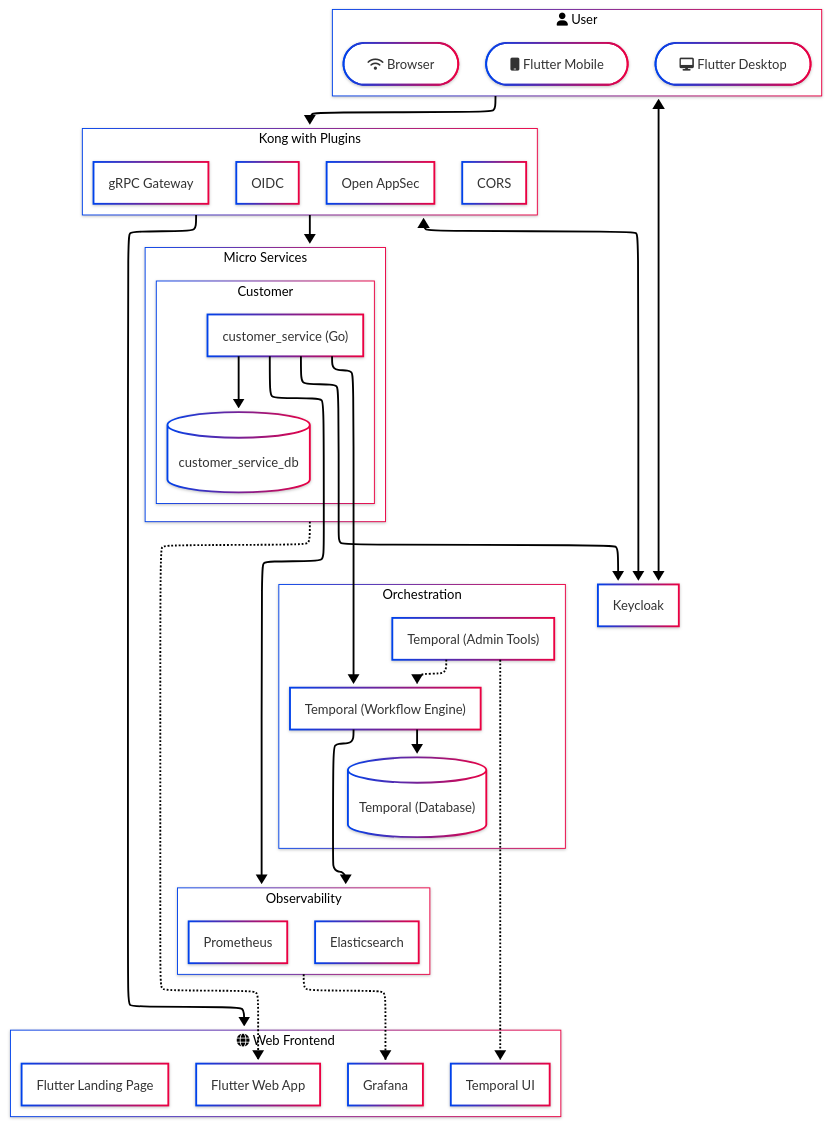
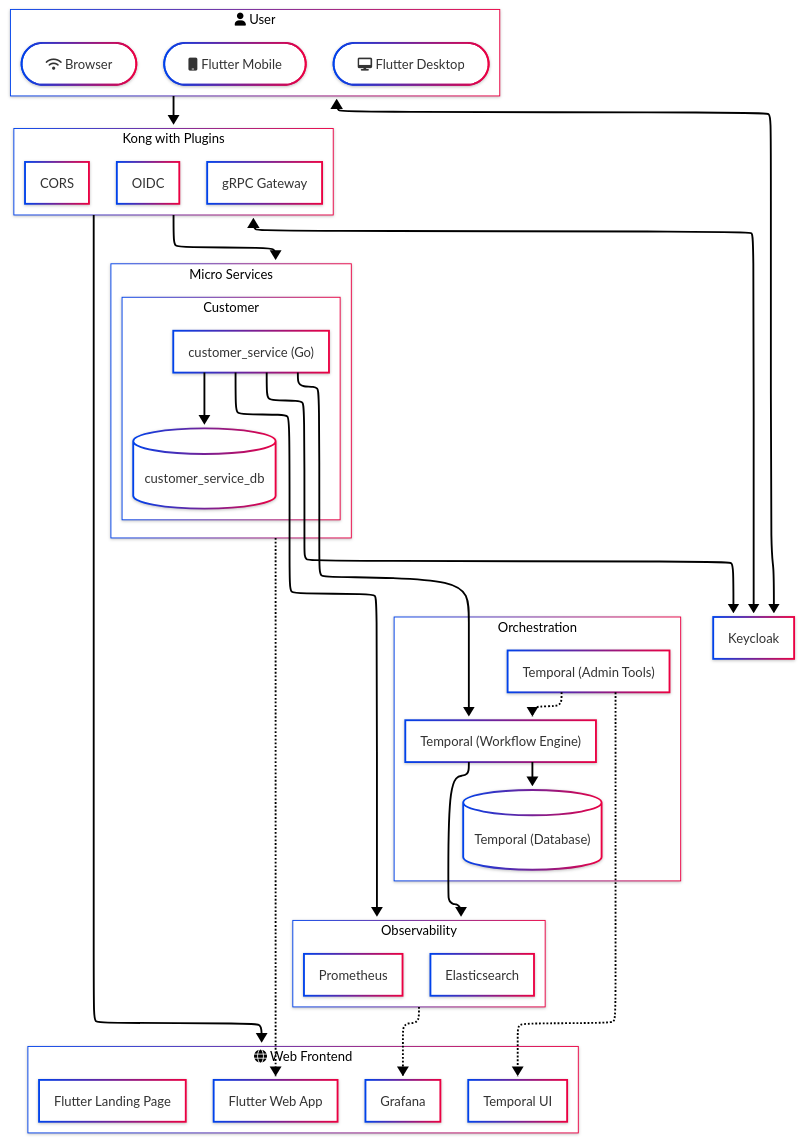
Before and after one commit to b-fontaine/saaster_kit: the diagram in README.md, drawn with Mermaid. The commit also changed other lines of this file and 45 other files, not shown here.

````diff
--- a/README.md
+++ b/README.md
@@ -32,53 +30,52 @@
 ```mermaid
 ---
 config:
   theme: neo
   layout: elk
   look: neo
 ---
 flowchart TD
     subgraph client["fa:fa-user User"]
         mobile(["fa:fa-mobile Flutter Mobile"])
         desktop(["fa:fa-desktop Flutter Desktop"])
         chrome(["fa:fa-wifi Browser"])
     end
     subgraph kong["Kong with Plugins"]
         oidc["OIDC"]
-        open-appsec["Open AppSec"]
         grpc-gateway["gRPC Gateway"]
         cors["CORS"]
     end
     subgraph front["fa:fa-globe Web Frontend"]
         web["Flutter Web App"]
         landing["Flutter Landing Page"]
         temporal["Temporal UI"]
         grafana["Grafana"]
     end
     subgraph orch["Orchestration"]
         D["Temporal (Workflow Engine)"]
         D1["Temporal (Admin Tools)"]
         D3[("Temporal (Database)")]
     end
     subgraph customer["Customer"]
         customer-service["customer_service (Go)"]
         customer-db[("customer_service_db")]
     end
     subgraph ms["Micro Services"]
         customer
     end
     subgraph obs["Observability"]
         promoteus["Prometheus"]
         elasticsearch["Elasticsearch"]
     end
     D --> D3
     D1 -.-> D
     customer-service --> customer-db & iam["Keycloak"] & D & obs
     obs -.-> grafana
     D1 -.-> temporal
     ms -.-> web
     D --> obs
     client --> kong
     kong --> front & ms
     kong <--> iam
     client <--> iam
 ```
````
